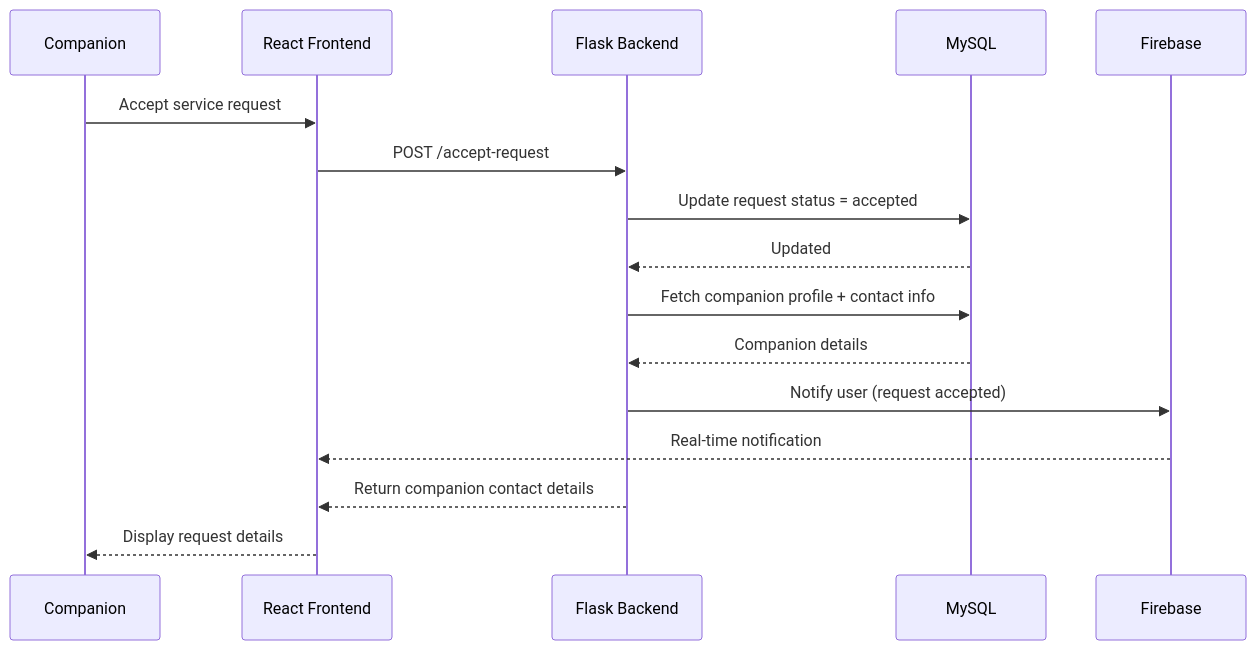
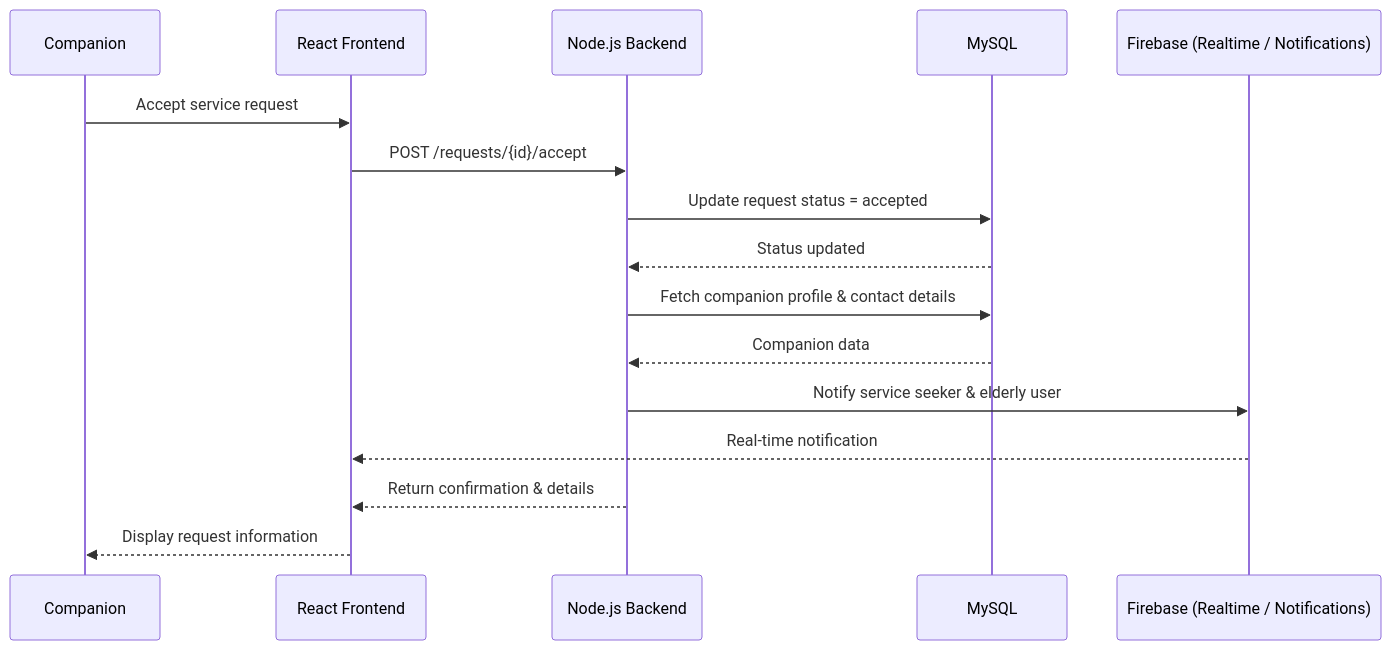
One commit to aziz5g-tech/holbertonschool-portfolio-project changed the second of 3 diagrams in Stage 3/High-Level Sequence Diagrams.md. Above: the diagram before and after it, drawn with Mermaid. The commit also changed other lines of this file, not shown here.

Commit message:
Update sequence diagrams for service request use case

````diff
--- a/Stage 3/High-Level Sequence Diagrams.md
+++ b/Stage 3/High-Level Sequence Diagrams.md
@@ -36,24 +36,24 @@
 ```mermaid
 
     sequenceDiagram
     participant Companion
     participant Frontend as React Frontend
-    participant API as Flask Backend
+    participant API as Node.js Backend
     participant MySQL
-    participant Firebase
+    participant Firebase as Firebase (Realtime / Notifications)
 
     Companion->>Frontend: Accept service request
-    Frontend->>API: POST /accept-request
+    Frontend->>API: POST /requests/{id}/accept
 
     API->>MySQL: Update request status = accepted
-    MySQL-->>API: Updated
+    MySQL-->>API: Status updated
 
-    API->>MySQL: Fetch companion profile + contact info
-    MySQL-->>API: Companion details
+    API->>MySQL: Fetch companion profile & contact details
+    MySQL-->>API: Companion data
 
-    API->>Firebase: Notify user (request accepted)
+    API->>Firebase: Notify service seeker & elderly user
     Firebase-->>Frontend: Real-time notification
 
-    API-->>Frontend: Return companion contact details
-    Frontend-->>Companion: Display request details
+    API-->>Frontend: Return confirmation & details
+    Frontend-->>Companion: Display request information
 ```
````
